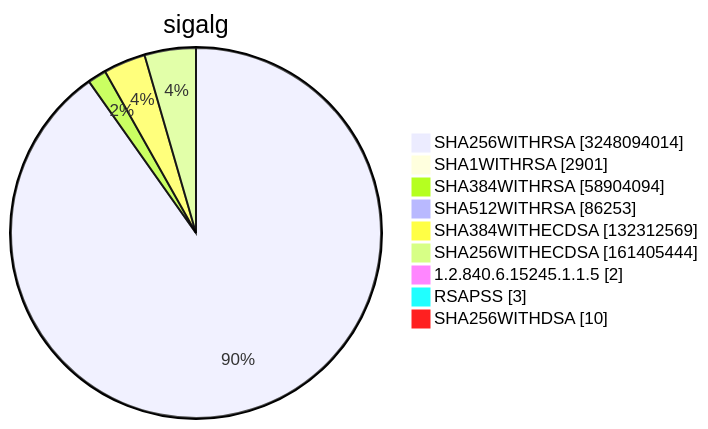
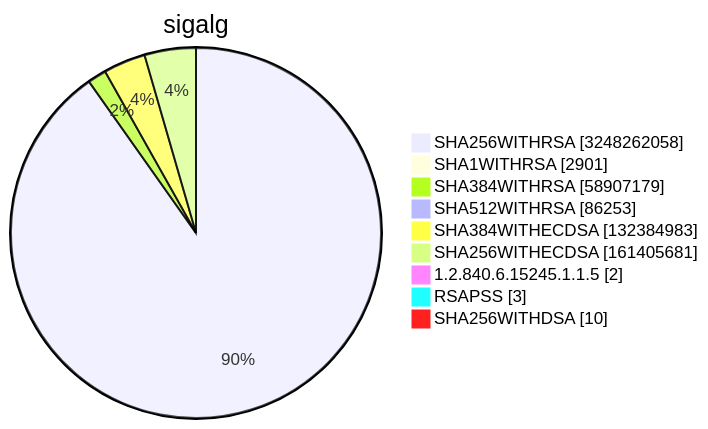
One commit to christiankrug/ctmonitor_visualization changed diagram 15 of 15 in TOTAL/README.md. Above: the diagram before and after it, drawn with Mermaid. The commit also changed other lines of this file, not shown here.

````diff
--- a/TOTAL/README.md
+++ b/TOTAL/README.md
@@ -6218,13 +6218,13 @@
 ```mermaid
 pie showData
 title sigalg
-"SHA256WITHRSA" :3248094014
+"SHA256WITHRSA" :3248262058
 "SHA1WITHRSA" :2901
-"SHA384WITHRSA" :58904094
+"SHA384WITHRSA" :58907179
 "SHA512WITHRSA" :86253
-"SHA384WITHECDSA" :132312569
-"SHA256WITHECDSA" :161405444
+"SHA384WITHECDSA" :132384983
+"SHA256WITHECDSA" :161405681
 "1.2.840.6.15245.1.1.5" :2
 "RSAPSS" :3
 "SHA256WITHDSA" :10
 ```
````
